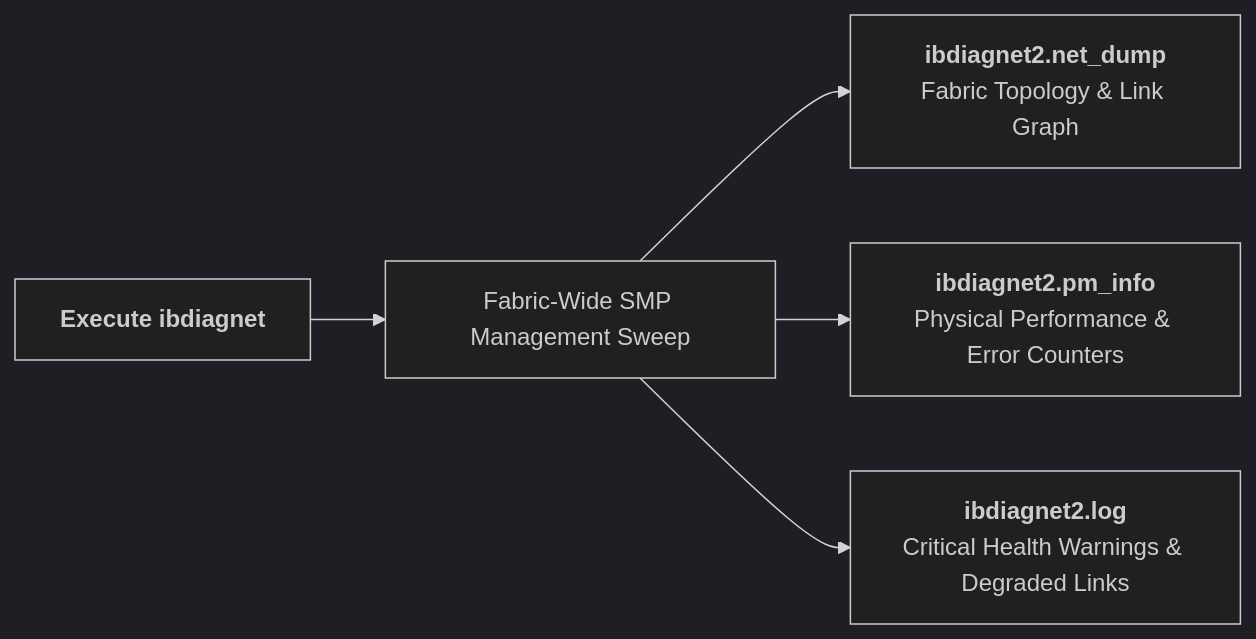
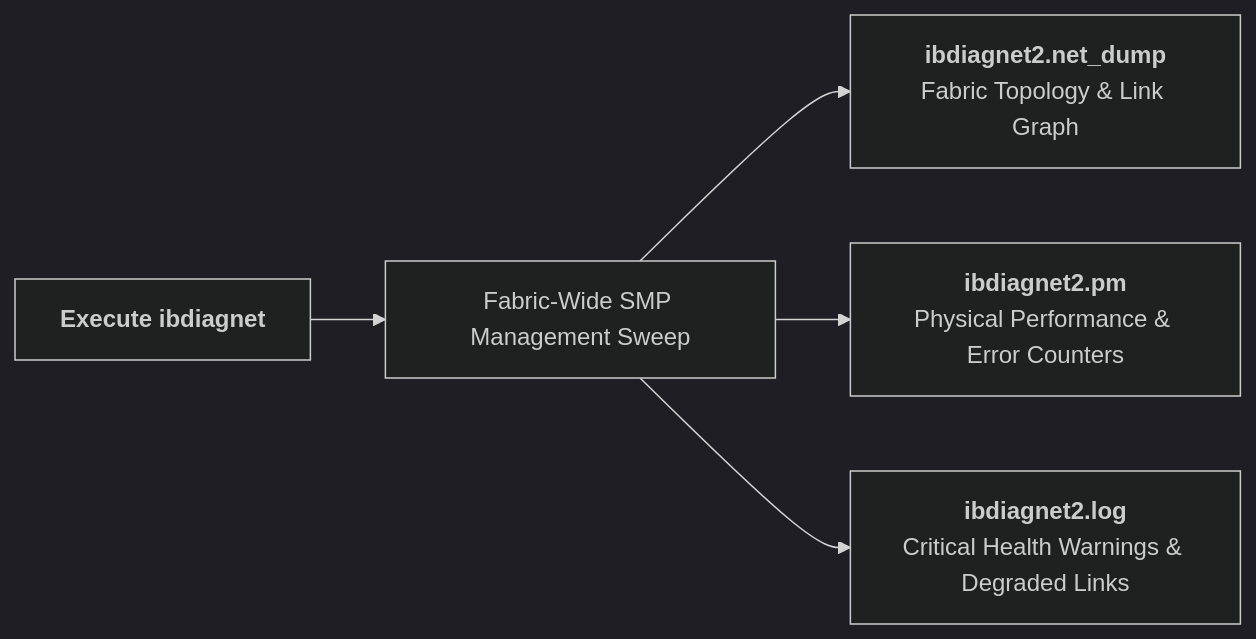
The second of 4 diagrams in content/en/articles/infiniband-production-deployment-opensm-ofed-nccl-tuning.en.md (ifnodoraemon/ifnodoraemon.github.io), drawn with Mermaid (dark theme) before and after one commit. The commit also changed other lines of this file and 171 other files, not shown here.

````diff
--- a/content/en/articles/infiniband-production-deployment-opensm-ofed-nccl-tuning.en.md
+++ b/content/en/articles/infiniband-production-deployment-opensm-ofed-nccl-tuning.en.md
@@ -158,7 +157,7 @@
 ```mermaid
 flowchart LR
     Run["<b>Execute ibdiagnet</b>"] --> Scan["Fabric-Wide SMP Management Sweep"]
     Scan --> Report1["<b>ibdiagnet2.net_dump</b><br/>Fabric Topology & Link Graph"]
-    Scan --> Report2["<b>ibdiagnet2.pm_info</b><br/>Physical Performance & Error Counters"]
+    Scan --> Report2["<b>ibdiagnet2.pm</b><br/>Physical Performance & Error Counters"]
     Scan --> Report3["<b>ibdiagnet2.log</b><br/>Critical Health Warnings & Degraded Links"]
 ```
````
